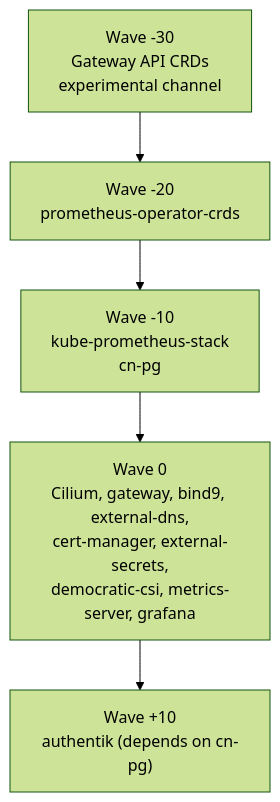
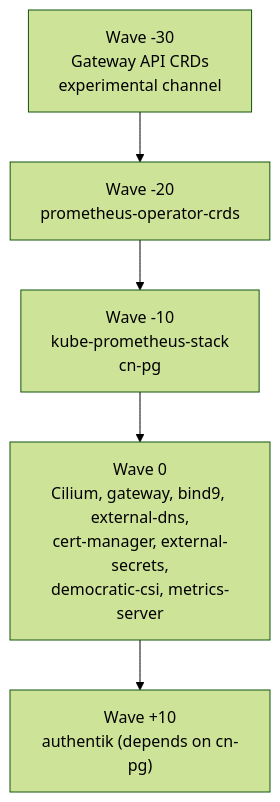
Before and after one commit to mralanlee/homelab: the seventh of 8 diagrams in docs/architecture.md, drawn with Mermaid (forest theme). The commit also changed other lines of this file and 15 other files, not shown here.

First line of the commit message:
chore(grafana): remove Grafana and the homelab-dashboards chart (#21)

````diff
--- a/docs/architecture.md
+++ b/docs/architecture.md
@@ -204,10 +201,10 @@
 ```mermaid
 graph TB
     W30["Wave -30<br/>Gateway API CRDs<br/>experimental channel"]
     W20["Wave -20<br/>prometheus-operator-crds"]
     W10["Wave -10<br/>kube-prometheus-stack<br/>cn-pg"]
-    W0["Wave 0<br/>Cilium, gateway, bind9, external-dns,<br/>cert-manager, external-secrets,<br/>democratic-csi, metrics-server, grafana"]
+    W0["Wave 0<br/>Cilium, gateway, bind9, external-dns,<br/>cert-manager, external-secrets,<br/>democratic-csi, metrics-server"]
     W10p["Wave +10<br/>authentik (depends on cn-pg)"]
 
     W30 --> W20 --> W10 --> W0 --> W10p
 ```
````
